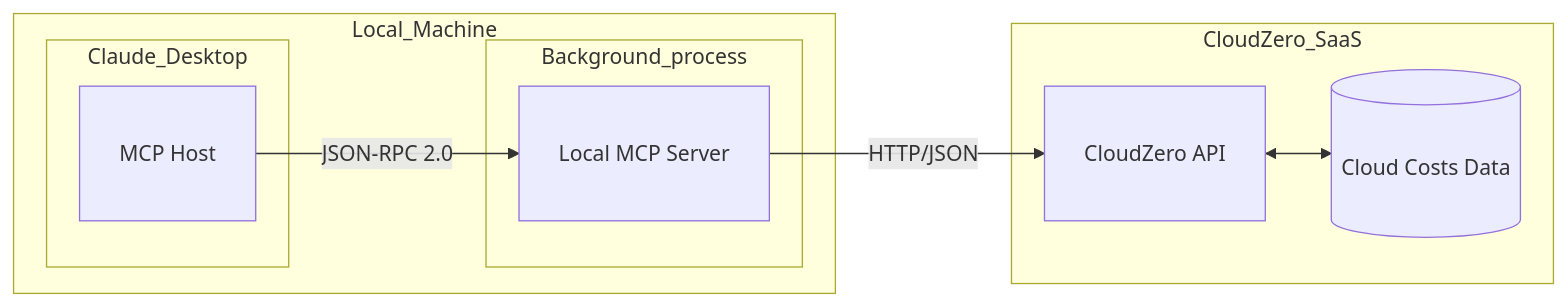
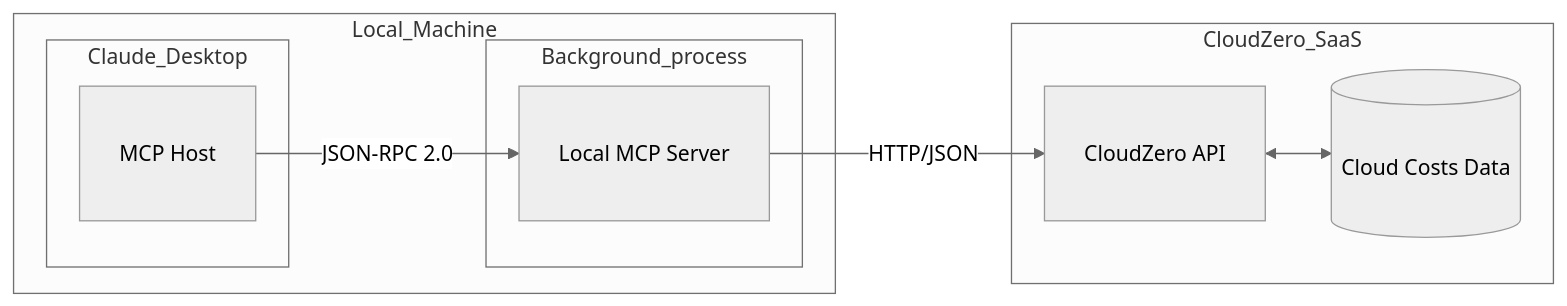
The diagram in README.md (burkestar/cloudzero-mcp), drawn with Mermaid before and after one commit.

Commit message:
neutral mermaid theme

````diff
--- a/README.md
+++ b/README.md
@@ -13,43 +13,44 @@
 ```mermaid
 graph LR
+    %%{init: {'theme':'neutral'}}%%
     %% Define nodes
     A[MCP Host]
     B[Local MCP Server]
     C[CloudZero API]
     D[(Cloud Costs Data)]
 
     %% Define connections
     A -->|JSON-RPC 2.0| B
     B -->|HTTP/JSON| C
     C <--> D
 
     subgraph CloudZero_SaaS
     C
     D
     end
 
     subgraph Background_process
     B
     end
 
     subgraph Claude_Desktop
     A
     end
 
     subgraph Local_Machine
     Claude_Desktop
     Background_process
     end
 
     %% Define styles
     classDef client padding:10px
     classDef server padding:10px
     classDef api padding:10px
     classDef db padding:10px
 
     %% Apply styles
     class A client
     class B server
     class C api
     class D db
 ```
````
